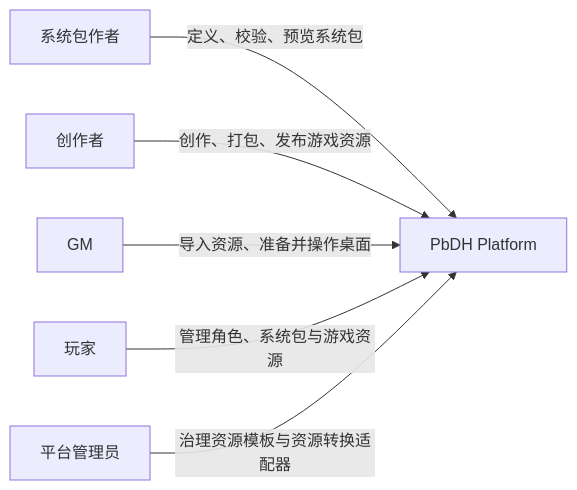
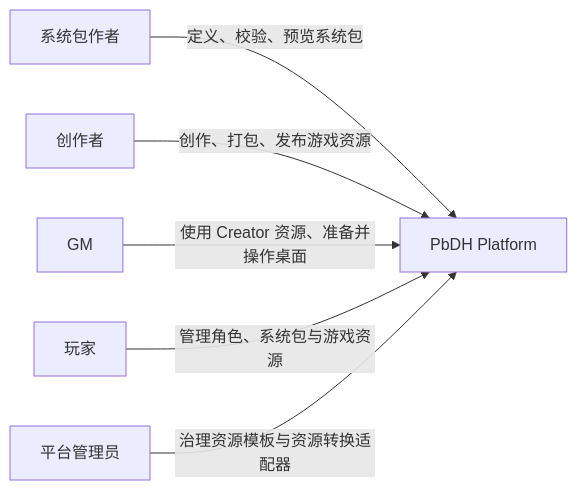
The second of 8 diagrams in docs/c4.md (ZZZZzzzzac/PbDH), drawn with Mermaid before and after one commit. The commit also changed other lines of this file and 26 other files, not shown here.

````diff
--- a/docs/c4.md
+++ b/docs/c4.md
@@ -36,8 +36,8 @@
 ```mermaid
 flowchart LR
     author["系统包作者"] -->|"定义、校验、预览系统包"| platform["PbDH Platform"]
     creator["创作者"] -->|"创作、打包、发布游戏资源"| platform
-    gm["GM"] -->|"导入资源、准备并操作桌面"| platform
+    gm["GM"] -->|"使用 Creator 资源、准备并操作桌面"| platform
     player["玩家"] -->|"管理角色、系统包与游戏资源"| platform
     admin["平台管理员"] -->|"治理资源模板与资源转换适配器"| platform
 ```
````
